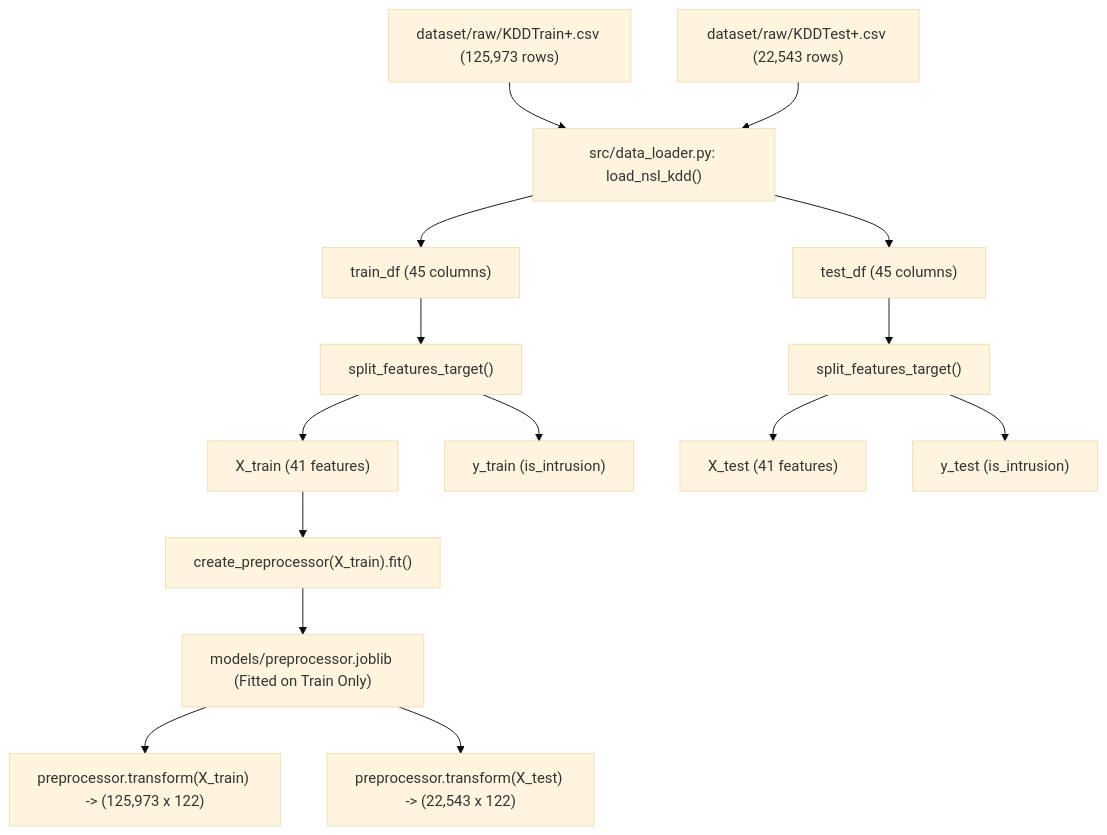
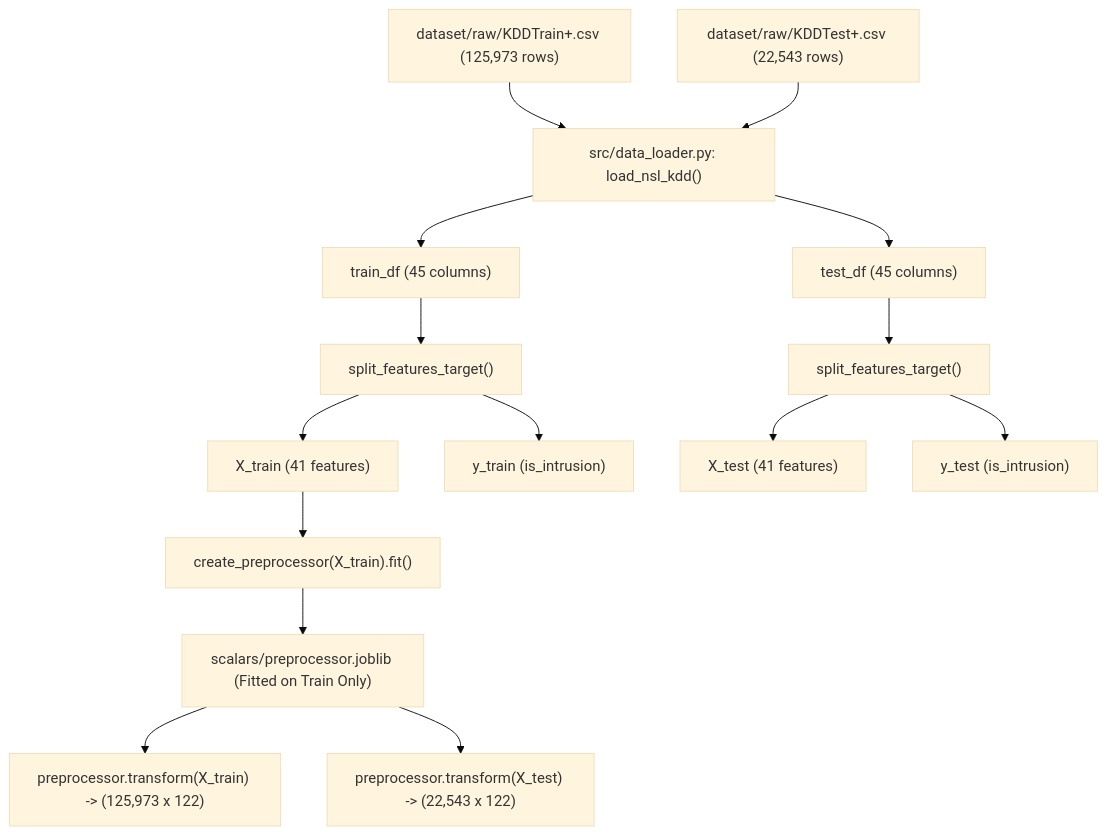
Before and after one commit to vedantb7/attack-generalization-study: the diagram in docs/methodology.md, drawn with Mermaid (base theme). The commit also changed other lines of this file and 243 other files, not shown here.

````diff
--- a/docs/methodology.md
+++ b/docs/methodology.md
@@ -21,23 +22,23 @@
 ```mermaid
 flowchart TD
     RawTrain["dataset/raw/KDDTrain+.csv (125,973 rows)"] --> DL["src/data_loader.py: load_nsl_kdd()"]
     RawTest["dataset/raw/KDDTest+.csv (22,543 rows)"] --> DL
 
     DL --> TrainDF["train_df (45 columns)"]
     DL --> TestDF["test_df (45 columns)"]
 
     TrainDF --> SplitTrain["split_features_target()"]
     TestDF --> SplitTest["split_features_target()"]
 
     SplitTrain --> X_train["X_train (41 features)"]
     SplitTrain --> y_train["y_train (is_intrusion)"]
 
     SplitTest --> X_test["X_test (41 features)"]
     SplitTest --> y_test["y_test (is_intrusion)"]
 
     X_train --> Fit["create_preprocessor(X_train).fit()"]
-    Fit --> PrepArtifact["models/preprocessor.joblib (Fitted on Train Only)"]
+    Fit --> PrepArtifact["scalars/preprocessor.joblib (Fitted on Train Only)"]
 
     PrepArtifact --> TransTrain["preprocessor.transform(X_train) -> (125,973 x 122)"]
     PrepArtifact --> TransTest["preprocessor.transform(X_test) -> (22,543 x 122)"]
 ```
````
